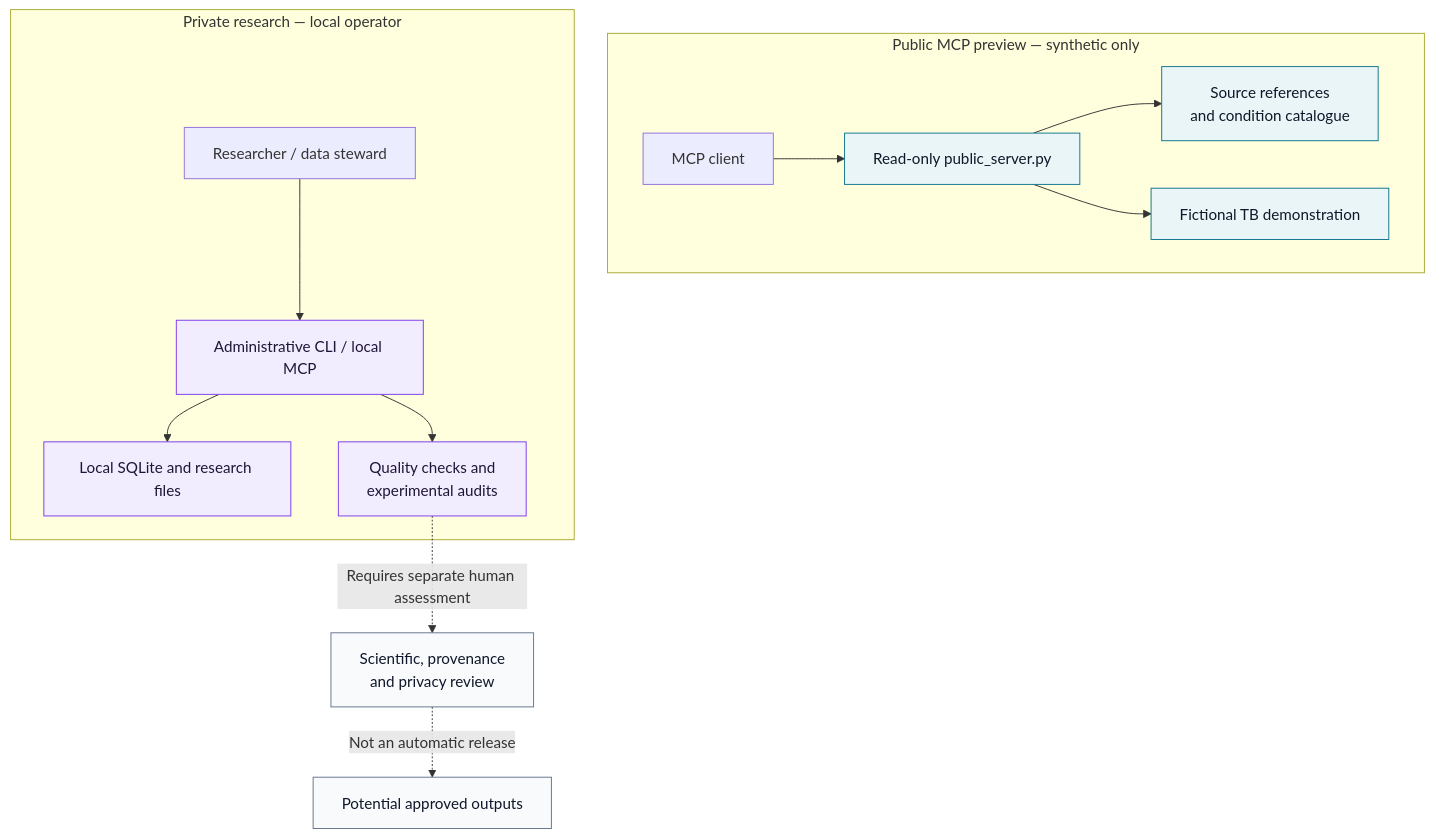
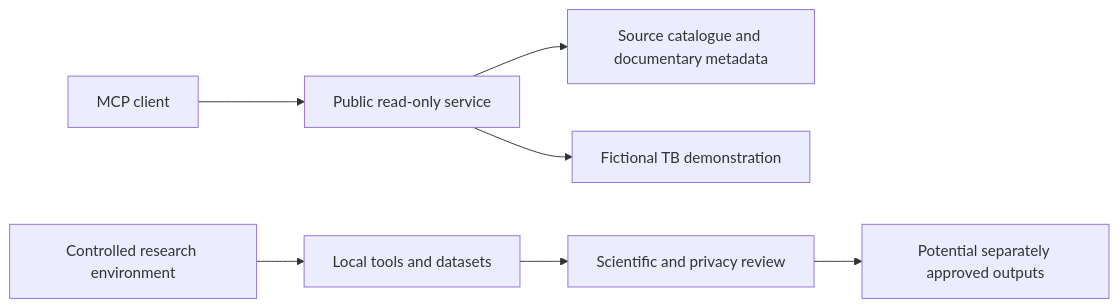
One commit to miscrapha-DELTA-IA/SINAN-MCP changed the diagram in README.md. Above: the diagram before and after it, drawn with Mermaid. The commit also changed other lines of this file and 29 other files, not shown here.

````diff
--- a/README.md
+++ b/README.md
@@ -61,24 +29,10 @@
 ```mermaid
-flowchart TB
-  subgraph PUBLIC["Public MCP preview — synthetic only"]
-    A["MCP client"] --> B["Read-only public_server.py"]
-    B --> C["Source references<br/>and condition catalogue"]
-    B --> D["Fictional TB demonstration"]
-  end
+flowchart LR
+  A["MCP client"] --> B["Public read-only service"]
+  B --> C["Source catalogue and documentary metadata"]
+  B --> D["Fictional TB demonstration"]
 
-  subgraph LOCAL["Private research — local operator"]
-    E["Researcher / data steward"] --> F["Administrative CLI / local MCP"]
-    F --> G["Local SQLite and research files"]
-    F --> H["Quality checks and<br/>experimental audits"]
-  end
-
-  H -. "Requires separate human assessment" .-> I["Scientific, provenance<br/>and privacy review"]
-  I -. "Not an automatic release" .-> J["Potential approved outputs"]
-
-  classDef public fill:#eaf5f7,stroke:#0e7490,color:#0f172a;
-  classDef local fill:#f2ecff,stroke:#7c3aed,color:#1f1637;
-  classDef gate fill:#f8fafc,stroke:#64748b,color:#0f172a;
-  class B,C,D public;
-  class F,G,H local;
-  class I,J gate;
+  E["Controlled research environment"] --> F["Local tools and datasets"]
+  F --> G["Scientific and privacy review"]
+  G --> H["Potential separately approved outputs"]
 ```
````
